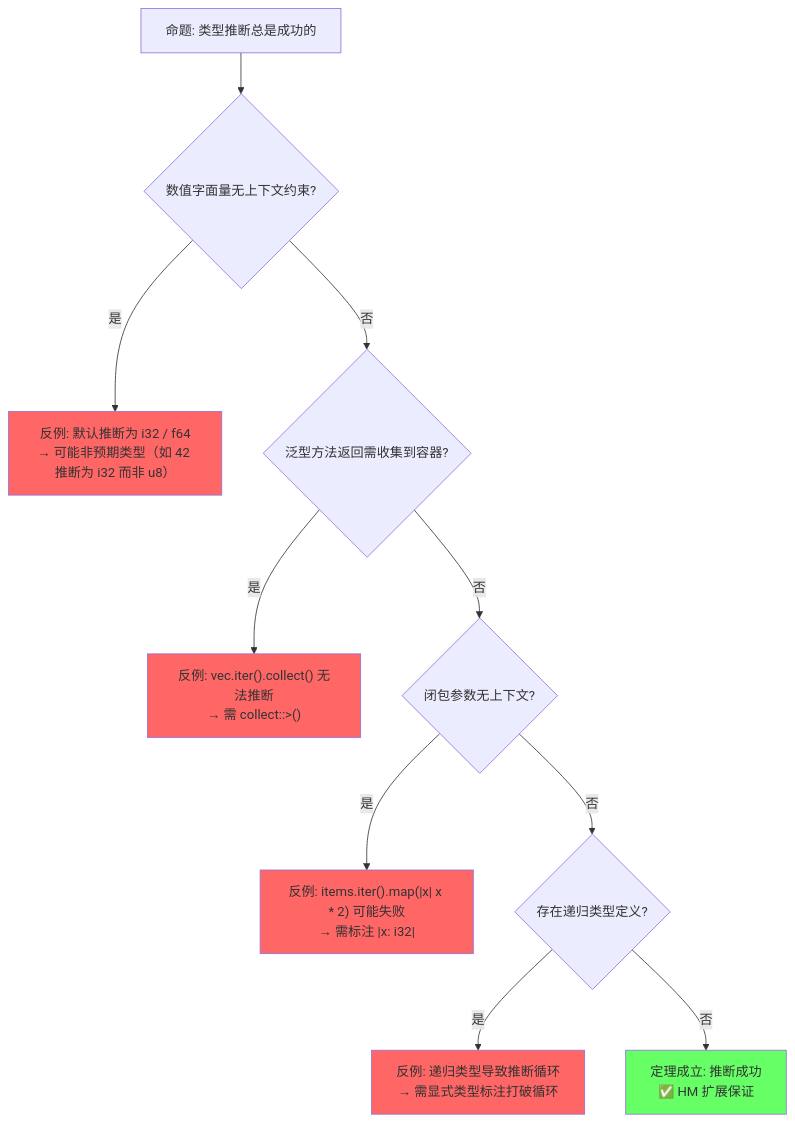
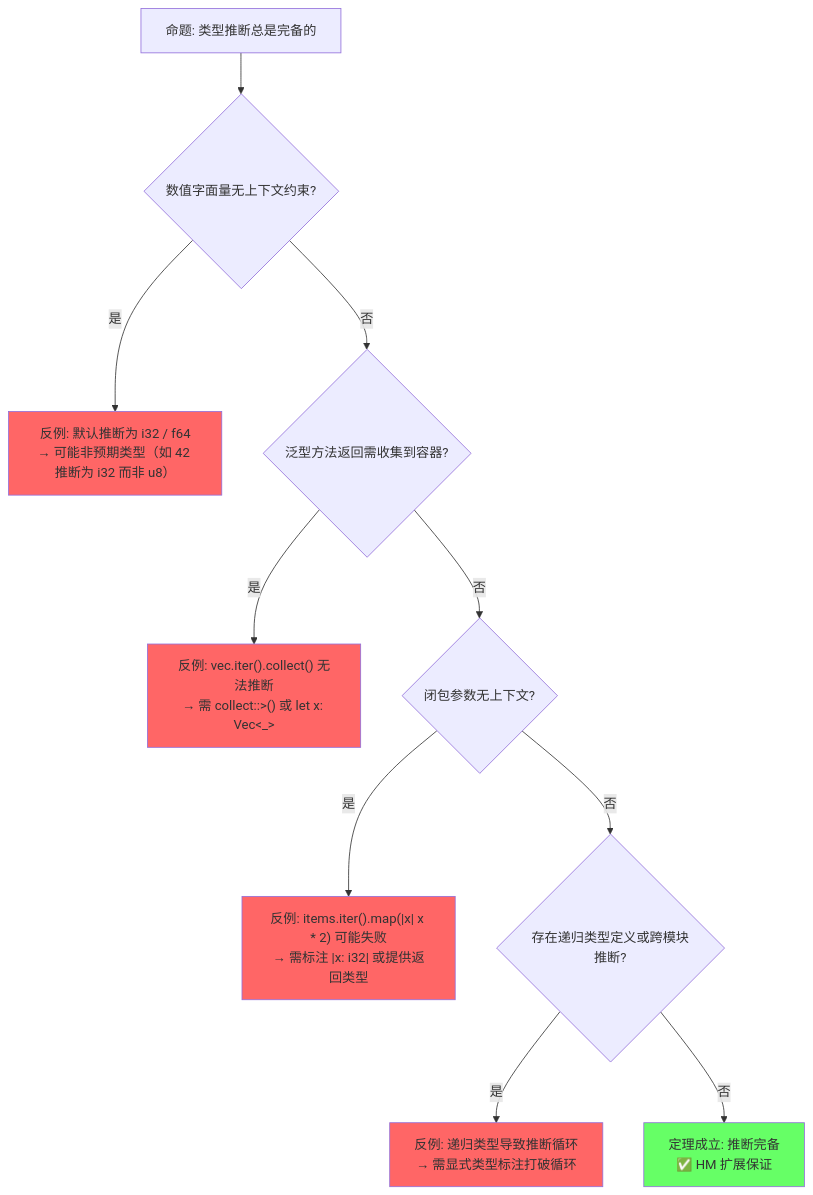
Before and after one commit to martin-ly/rust-lang: the third of 5 diagrams in concept/02_intermediate/02_generics.md, drawn with Mermaid. The commit also changed other lines of this file and 3 other files, not shown here.

````diff
--- a/concept/02_intermediate/02_generics.md
+++ b/concept/02_intermediate/02_generics.md
@@ -375,18 +385,18 @@
 ```mermaid
 graph TD
-    P["命题: 类型推断总是成功的"] --> Q1{"数值字面量无上下文约束?"}
+    P["命题: 类型推断总是完备的"] --> Q1{"数值字面量无上下文约束?"}
     Q1 -->|是| F1["反例: 默认推断为 i32 / f64<br/>→ 可能非预期类型（如 42 推断为 i32 而非 u8）"]
     Q1 -->|否| Q2{"泛型方法返回需收集到容器?"}
-    Q2 -->|是| F2["反例: vec.iter().collect() 无法推断<br/>→ 需 collect::<Vec<_>>()"]
+    Q2 -->|是| F2["反例: vec.iter().collect() 无法推断<br/>→ 需 collect::<Vec<_>>() 或 let x: Vec<_>"]
     Q2 -->|否| Q3{"闭包参数无上下文?"}
-    Q3 -->|是| F3["反例: items.iter().map(|x| x * 2) 可能失败<br/>→ 需标注 |x: i32|"]
-    Q3 -->|否| Q4{"存在递归类型定义?"}
+    Q3 -->|是| F3["反例: items.iter().map(|x| x * 2) 可能失败<br/>→ 需标注 |x: i32| 或提供返回类型"]
+    Q3 -->|否| Q4{"存在递归类型定义或跨模块推断?"}
     Q4 -->|是| F4["反例: 递归类型导致推断循环<br/>→ 需显式类型标注打破循环"]
-    Q4 -->|否| T1["定理成立: 推断成功<br/>✅ HM 扩展保证"]
+    Q4 -->|否| T1["定理成立: 推断完备<br/>✅ HM 扩展保证"]
 
     style F1 fill:#f66
     style F2 fill:#f66
     style F3 fill:#f66
     style F4 fill:#f66
     style T1 fill:#6f6
 ```
````
